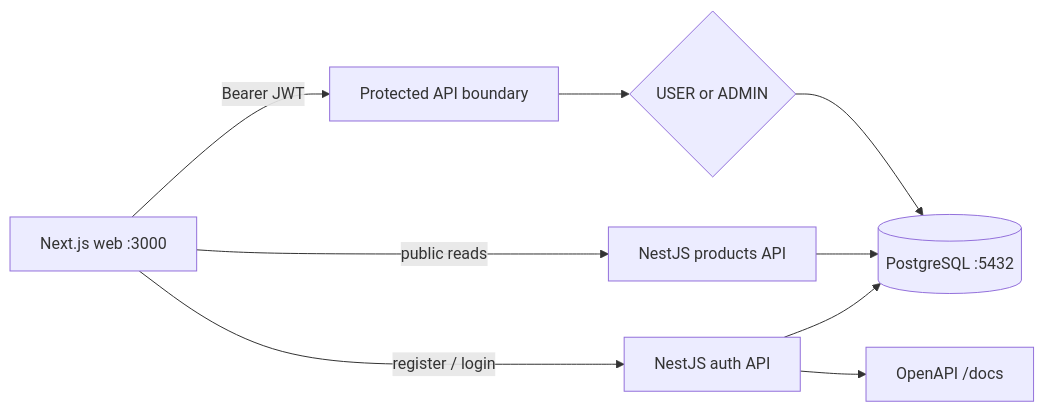
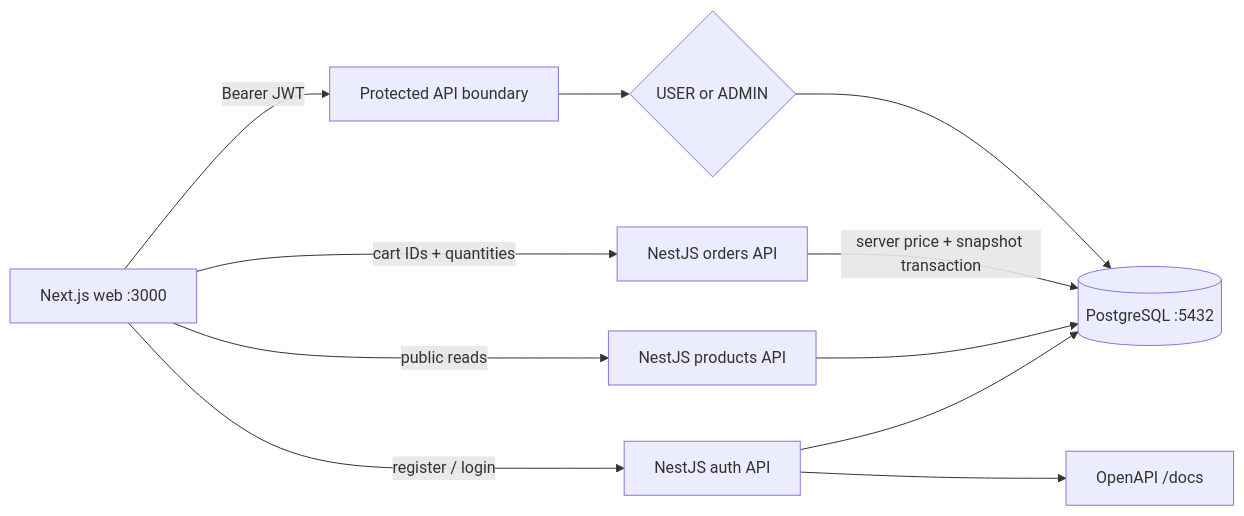
The diagram in README.md (tianhao8687/payflow), drawn with Mermaid before and after one commit. The commit also changed other lines of this file and 41 other files, not shown here.

Commit message:
feat: complete stage 2 order flow

````diff
--- a/README.md
+++ b/README.md
@@ -13,11 +13,13 @@
 ```mermaid
 flowchart LR
   Browser[Next.js web :3000] -->|public reads| Products[NestJS products API]
   Browser -->|register / login| Auth[NestJS auth API]
+  Browser -->|cart IDs + quantities| Orders[NestJS orders API]
   Browser -->|Bearer JWT| Protected[Protected API boundary]
   Protected --> RBAC{USER or ADMIN}
   Auth --> DB[(PostgreSQL :5432)]
   Products --> DB
+  Orders -->|server price + snapshot transaction| DB
   RBAC --> DB
   Auth --> Docs[OpenAPI /docs]
 ```
````
